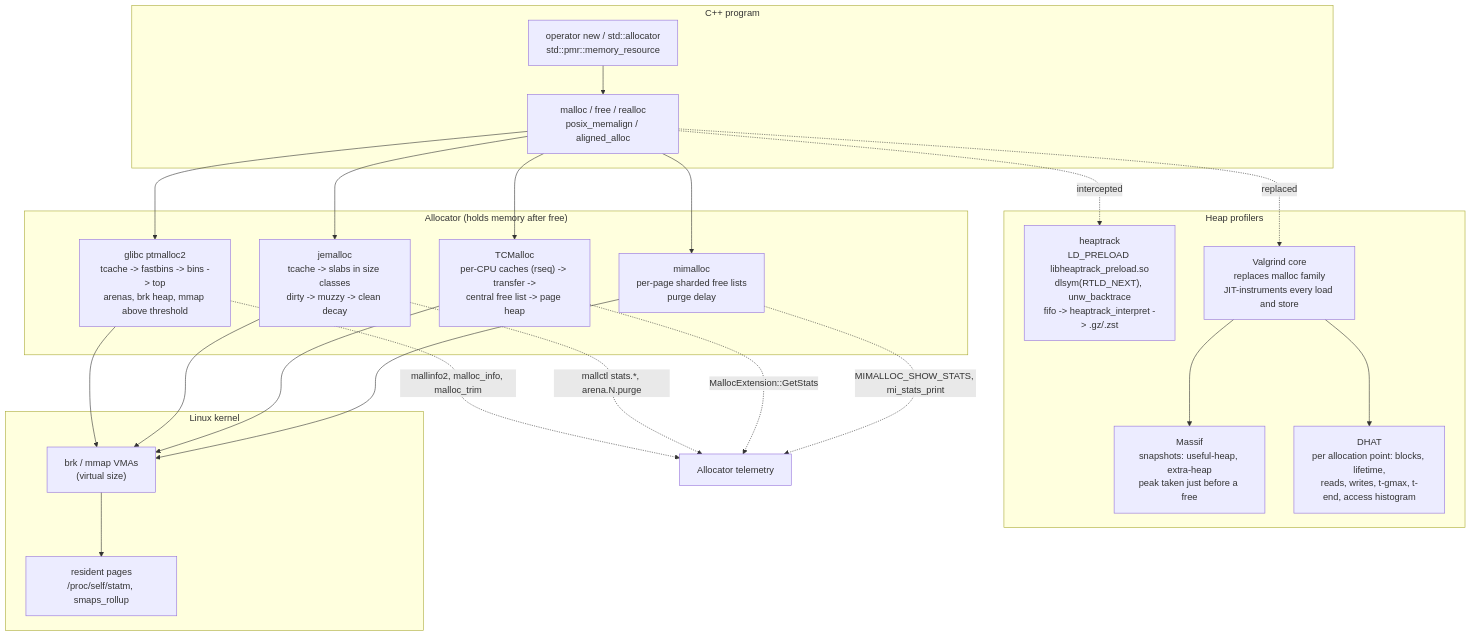
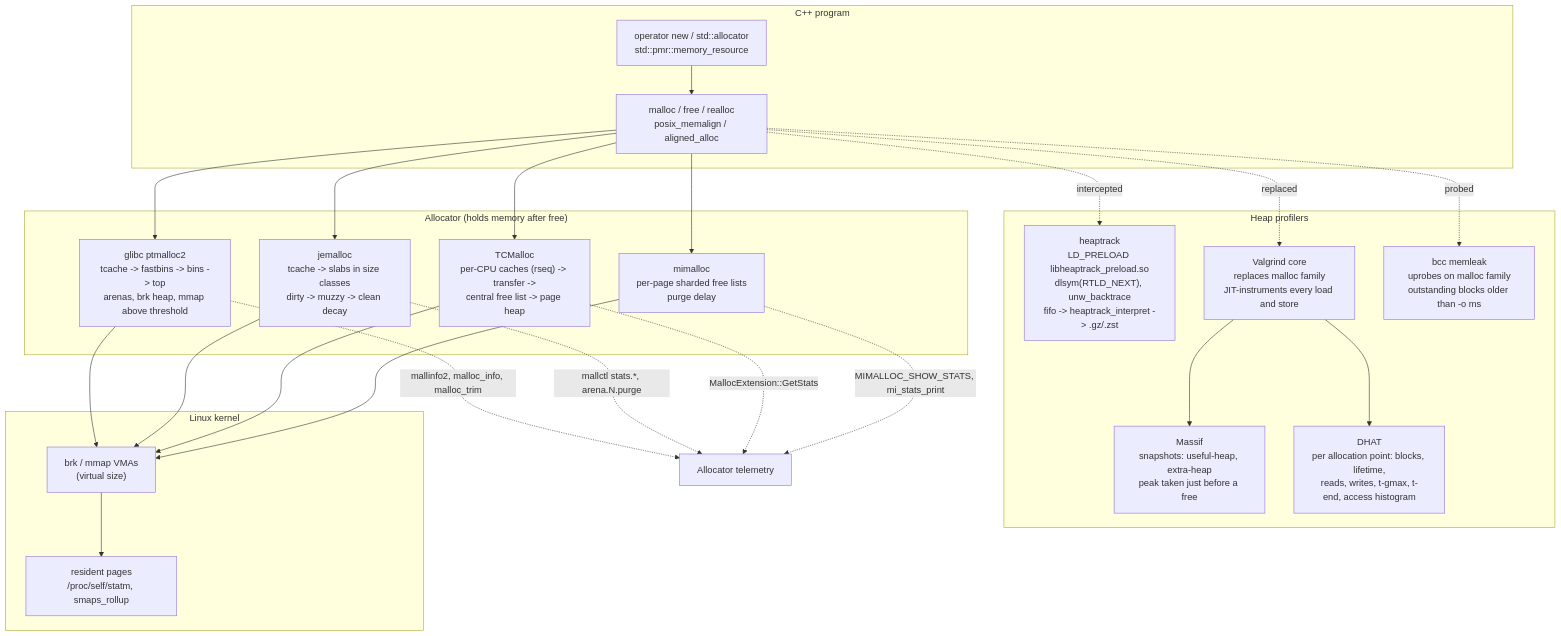
One commit to shreejitverma/The-Distinguished-Engineer changed the first of 2 diagrams in 18-Developer-Toolchain/05-Profiling/Cpp/Cpp-Memory-Profiling-heaptrack-Massif-DHAT-and-Allocators.md. Above: the diagram before and after it, drawn with Mermaid. The commit also changed other lines of this file and 8 other files, not shown here.

````diff
--- a/18-Developer-Toolchain/05-Profiling/Cpp/Cpp-Memory-Profiling-heaptrack-Massif-DHAT-and-Allocators.md
+++ b/18-Developer-Toolchain/05-Profiling/Cpp/Cpp-Memory-Profiling-heaptrack-Massif-DHAT-and-Allocators.md
@@ -39,45 +52,47 @@
 ```mermaid
 flowchart TD
     subgraph Program["C++ program"]
         NEW["operator new / std::allocator<br/>std::pmr::memory_resource"]
         MAL["malloc / free / realloc<br/>posix_memalign / aligned_alloc"]
         NEW --> MAL
     end
 
     subgraph Tools["Heap profilers"]
         HT["heaptrack<br/>LD_PRELOAD libheaptrack_preload.so<br/>dlsym(RTLD_NEXT), unw_backtrace<br/>fifo -> heaptrack_interpret -> .gz/.zst"]
         VG["Valgrind core<br/>replaces malloc family<br/>JIT-instruments every load and store"]
         MS["Massif<br/>snapshots: useful-heap, extra-heap<br/>peak taken just before a free"]
         DH["DHAT<br/>per allocation point: blocks, lifetime,<br/>reads, writes, t-gmax, t-end, access histogram"]
         VG --> MS
         VG --> DH
+        ML["bcc memleak<br/>uprobes on malloc family<br/>outstanding blocks older than -o ms"]
     end
 
     subgraph Allocator["Allocator (holds memory after free)"]
         GL["glibc ptmalloc2<br/>tcache -> fastbins -> bins -> top<br/>arenas, brk heap, mmap above threshold"]
         JE["jemalloc<br/>tcache -> slabs in size classes<br/>dirty -> muzzy -> clean decay"]
         TC["TCMalloc<br/>per-CPU caches (rseq) -> transfer -><br/>central free list -> page heap"]
         MI["mimalloc<br/>per-page sharded free lists<br/>purge delay"]
     end
 
     subgraph Kernel["Linux kernel"]
         VMA["brk / mmap VMAs<br/>(virtual size)"]
         RSS["resident pages<br/>/proc/self/statm, smaps_rollup"]
         VMA --> RSS
     end
 
     MAL -.->|"intercepted"| HT
     MAL -.->|"replaced"| VG
+    MAL -.->|"probed"| ML
     MAL --> GL
     MAL --> JE
     MAL --> TC
     MAL --> MI
     GL --> VMA
     JE --> VMA
     TC --> VMA
     MI --> VMA
     GL -.->|"mallinfo2, malloc_info, malloc_trim"| TEL["Allocator telemetry"]
     JE -.->|"mallctl stats.*, arena.N.purge"| TEL
     TC -.->|"MallocExtension::GetStats"| TEL
     MI -.->|"MIMALLOC_SHOW_STATS, mi_stats_print"| TEL
 ```
````
